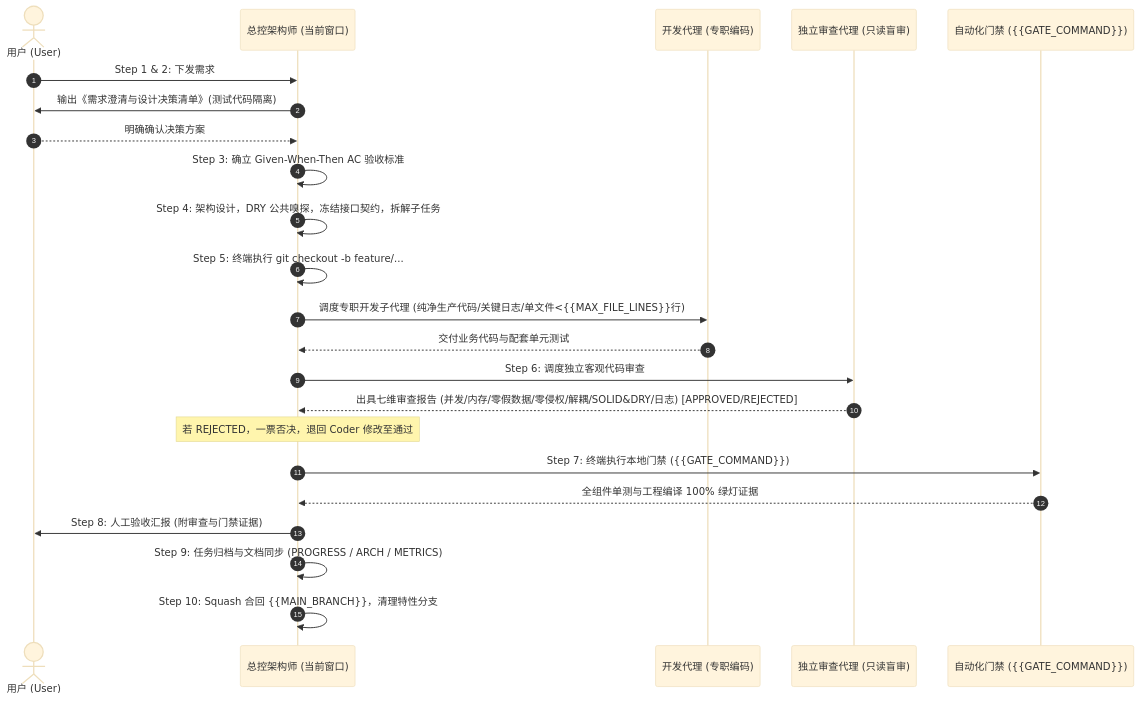
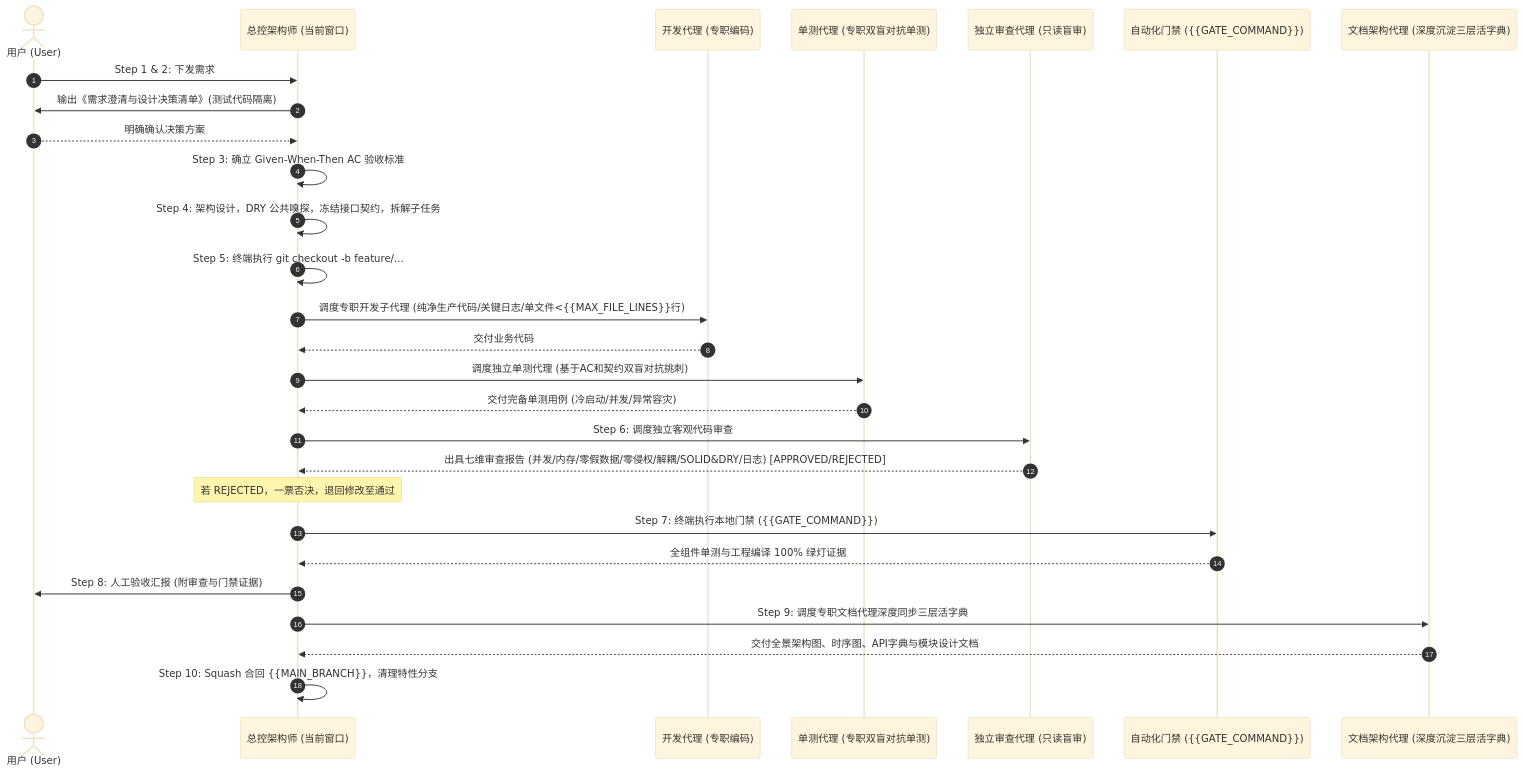
Before and after one commit to wangranGit/AI-Workflow: the diagram in templates/AGENTS.template.md, drawn with Mermaid (base theme). The commit also changed other lines of this file and 3 other files, not shown here.

Commit message:
feat: release 5-agent architecture (unit-tester mode-B, doc-architect living blueprint) v1.2.0

````diff
--- a/templates/AGENTS.template.md
+++ b/templates/AGENTS.template.md
@@ -27,26 +27,31 @@
 ```mermaid
 sequenceDiagram
     autonumber
     actor User as 用户 (User)
     participant Orchestrator as 总控架构师 (当前窗口)
     participant Coder as 开发代理 (专职编码)
+    participant Tester as 单测代理 (专职双盲对抗单测)
     participant Reviewer as 独立审查代理 (只读盲审)
     participant Gate as 自动化门禁 ({{GATE_COMMAND}})
+    participant DocWriter as 文档架构代理 (深度沉淀三层活字典)
 
     User->>Orchestrator: Step 1 & 2: 下发需求
     Orchestrator->>User: 输出《需求澄清与设计决策清单》(测试代码隔离)
     User-->>Orchestrator: 明确确认决策方案
     Orchestrator->>Orchestrator: Step 3: 确立 Given-When-Then AC 验收标准
     Orchestrator->>Orchestrator: Step 4: 架构设计，DRY 公共嗅探，冻结接口契约，拆解子任务
     Orchestrator->>Orchestrator: Step 5: 终端执行 git checkout -b feature/...
     Orchestrator->>Coder: 调度专职开发子代理 (纯净生产代码/关键日志/单文件<{{MAX_FILE_LINES}}行)
-    Coder-->>Orchestrator: 交付业务代码与配套单元测试
+    Coder-->>Orchestrator: 交付业务代码
+    Orchestrator->>Tester: 调度独立单测代理 (基于AC和契约双盲对抗挑刺)
+    Tester-->>Orchestrator: 交付完备单测用例 (冷启动/并发/异常容灾)
     Orchestrator->>Reviewer: Step 6: 调度独立客观代码审查
     Reviewer-->>Orchestrator: 出具七维审查报告 (并发/内存/零假数据/零侵权/解耦/SOLID&DRY/日志) [APPROVED/REJECTED]
-    Note over Orchestrator: 若 REJECTED，一票否决，退回 Coder 修改至通过
+    Note over Orchestrator: 若 REJECTED，一票否决，退回修改至通过
     Orchestrator->>Gate: Step 7: 终端执行本地门禁 ({{GATE_COMMAND}})
     Gate-->>Orchestrator: 全组件单测与工程编译 100% 绿灯证据
     Orchestrator->>User: Step 8: 人工验收汇报 (附审查与门禁证据)
-    Orchestrator->>Orchestrator: Step 9: 任务归档与文档同步 (PROGRESS / ARCH / METRICS)
+    Orchestrator->>DocWriter: Step 9: 调度专职文档代理深度同步三层活字典
+    DocWriter-->>Orchestrator: 交付全景架构图、时序图、API字典与模块设计文档
     Orchestrator->>Orchestrator: Step 10: Squash 合回 {{MAIN_BRANCH}}，清理特性分支
 ```
````
